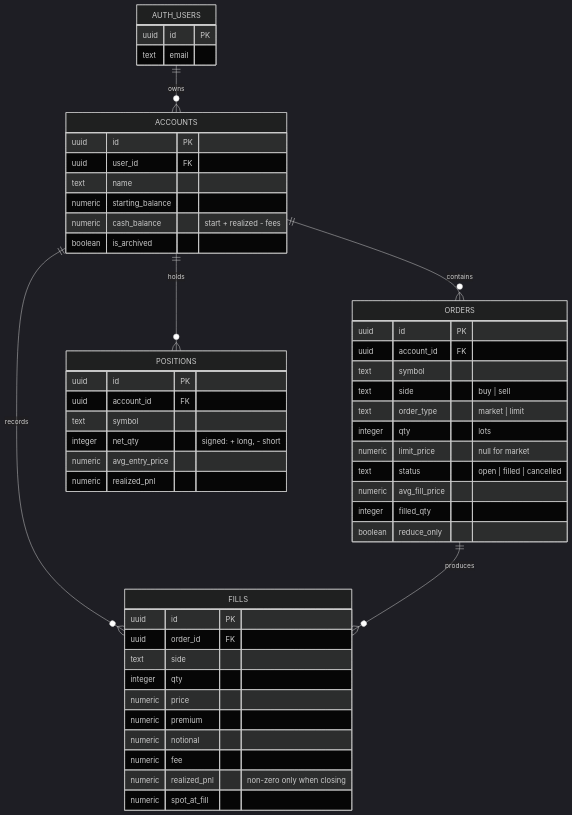
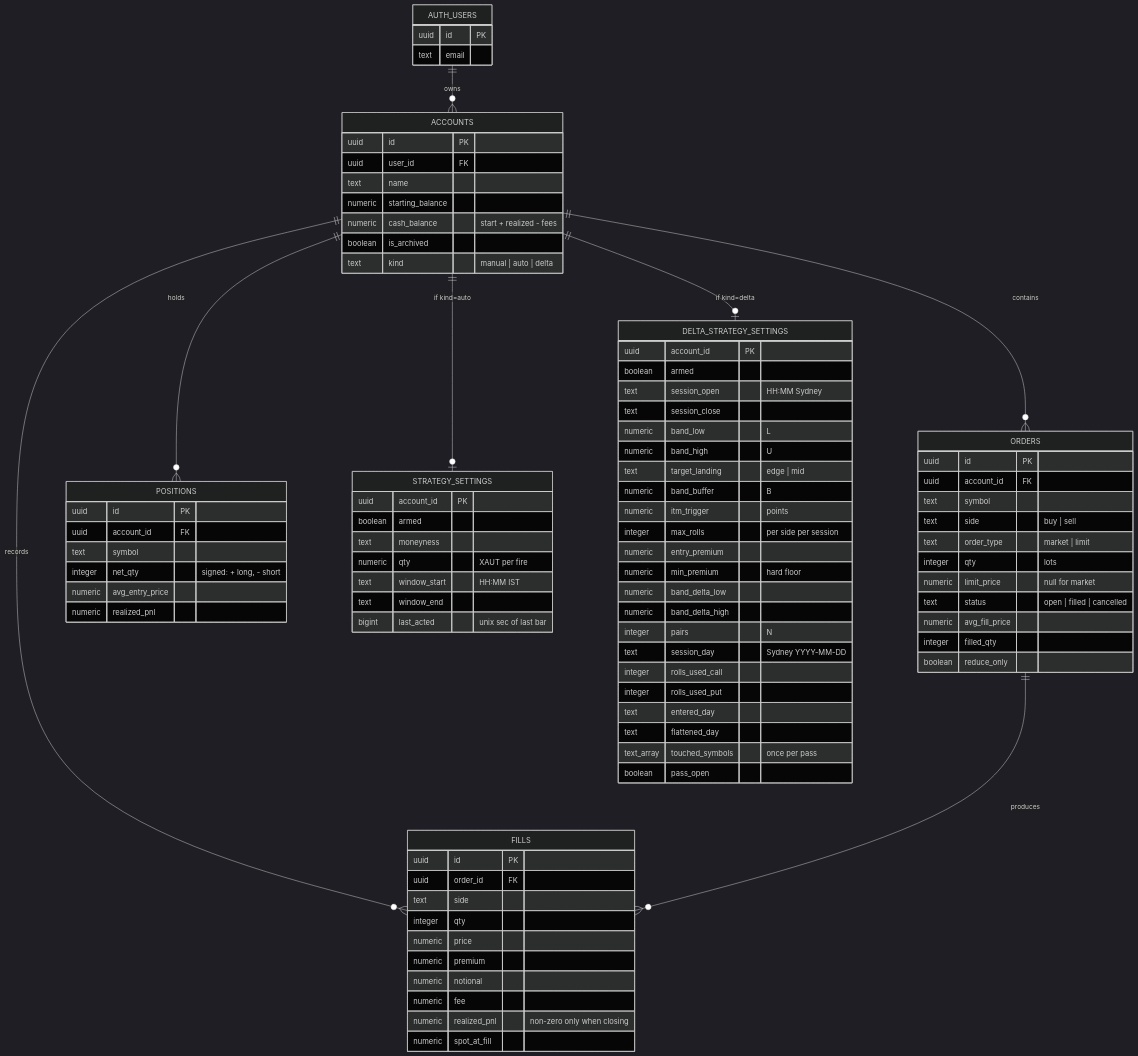
The first of 6 diagrams in docs/LLD.md (Vitti-Capital-Tech/XAUT-Options), drawn with Mermaid (dark theme) before and after one commit. The commit also changed other lines of this file and 3 other files, not shown here.

```diff
--- a/docs/LLD.md
+++ b/docs/LLD.md
@@ -48,6 +48,8 @@
     ACCOUNTS ||--o{ POSITIONS : holds
     ACCOUNTS ||--o{ FILLS : records
     ORDERS ||--o{ FILLS : produces
+    ACCOUNTS ||--o| STRATEGY_SETTINGS : "if kind=auto"
+    ACCOUNTS ||--o| DELTA_STRATEGY_SETTINGS : "if kind=delta"
 
     AUTH_USERS {
         uuid id PK
@@ -60,6 +62,40 @@
         numeric starting_balance
         numeric cash_balance "start + realized - fees"
         boolean is_archived
+        text kind "manual | auto | delta"
+    }
+    STRATEGY_SETTINGS {
+        uuid account_id PK
+        boolean armed
+        text moneyness
+        numeric qty "XAUT per fire"
+        text window_start "HH:MM IST"
+        text window_end
+        bigint last_acted "unix sec of last bar"
+    }
+    DELTA_STRATEGY_SETTINGS {
+        uuid account_id PK
+        boolean armed
+        text session_open "HH:MM Sydney"
+        text session_close
+        numeric band_low "L"
+        numeric band_high "U"
+        text target_landing "edge | mid"
+        numeric band_buffer "B"
+        numeric itm_trigger "points"
+        integer max_rolls "per side per session"
+        numeric entry_premium
+        numeric min_premium "hard floor"
+        numeric band_delta_low
+        numeric band_delta_high
+        integer pairs "N"
+        text session_day "Sydney YYYY-MM-DD"
+        integer rolls_used_call
+        integer rolls_used_put
+        text entered_day
+        text flattened_day
+        text_array touched_symbols "once per pass"
+        boolean pass_open
     }
     ORDERS {
         uuid id PK
```
